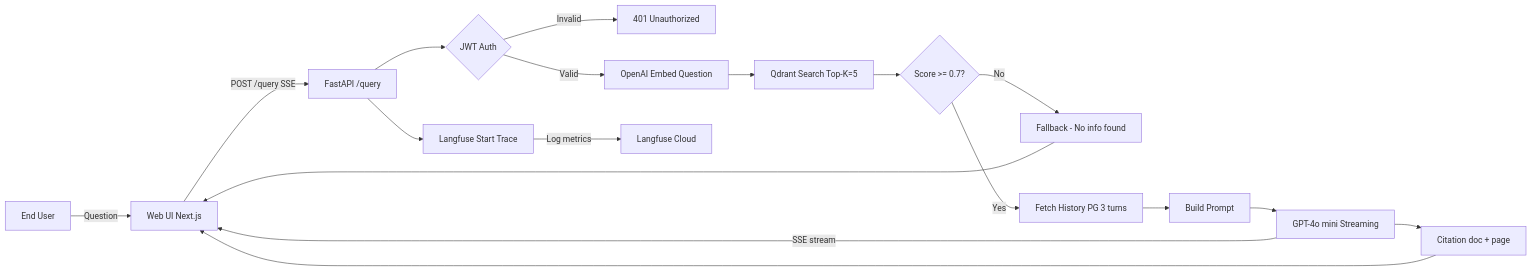
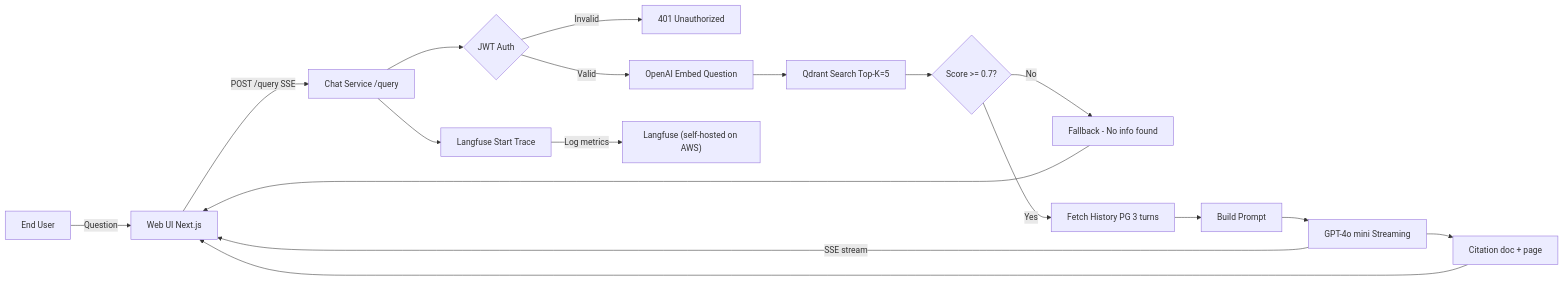
Before and after one commit to cds0987/DA08-VSF-AI: the third of 4 diagrams in docs/SA_RAG_Chatbot_Final.md, drawn with Mermaid. The commit also changed other lines of this file and 4 other files, not shown here.

````diff
--- a/docs/SA_RAG_Chatbot_Final.md
+++ b/docs/SA_RAG_Chatbot_Final.md
@@ -221,26 +232,26 @@
 ```mermaid
 graph LR
     USER["End User"] -->|Question| UI["Web UI Next.js"]
-    UI -->|POST /query SSE| API["FastAPI /query"]
+    UI -->|POST /query SSE| API["Chat Service /query"]
 
     API --> TRACE["Langfuse Start Trace"]
     API --> JWT{"JWT Auth"}
     JWT -->|Invalid| ERR["401 Unauthorized"]
     JWT -->|Valid| EMB["OpenAI Embed Question"]
 
     EMB --> SRCH["Qdrant Search Top-K=5"]
     SRCH --> FILT{"Score >= 0.7?"}
 
     FILT -->|No| FB["Fallback - No info found"]
     FILT -->|Yes| HIST["Fetch History PG 3 turns"]
 
     HIST --> PROMPT["Build Prompt"]
     PROMPT --> LLM["GPT-4o mini Streaming"]
 
     LLM -->|SSE stream| UI
     LLM --> CITE["Citation doc + page"]
     CITE --> UI
 
     FB --> UI
-    TRACE -->|Log metrics| LFC["Langfuse Cloud"]
+    TRACE -->|Log metrics| LFC["Langfuse (self-hosted on AWS)"]
 ```
````
